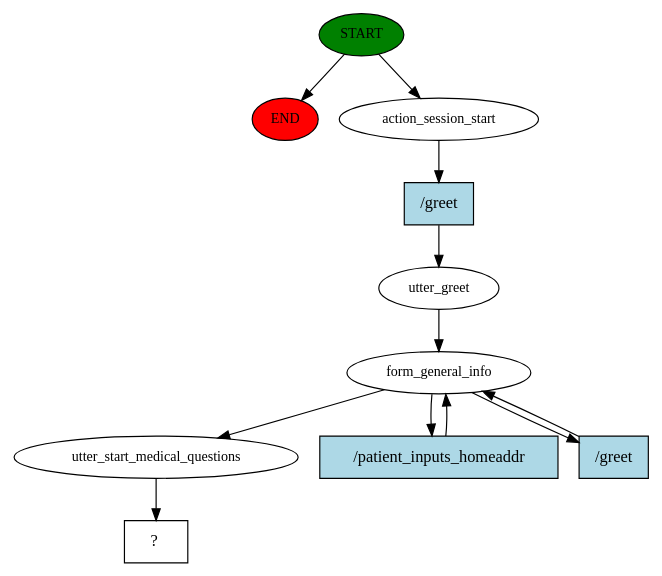
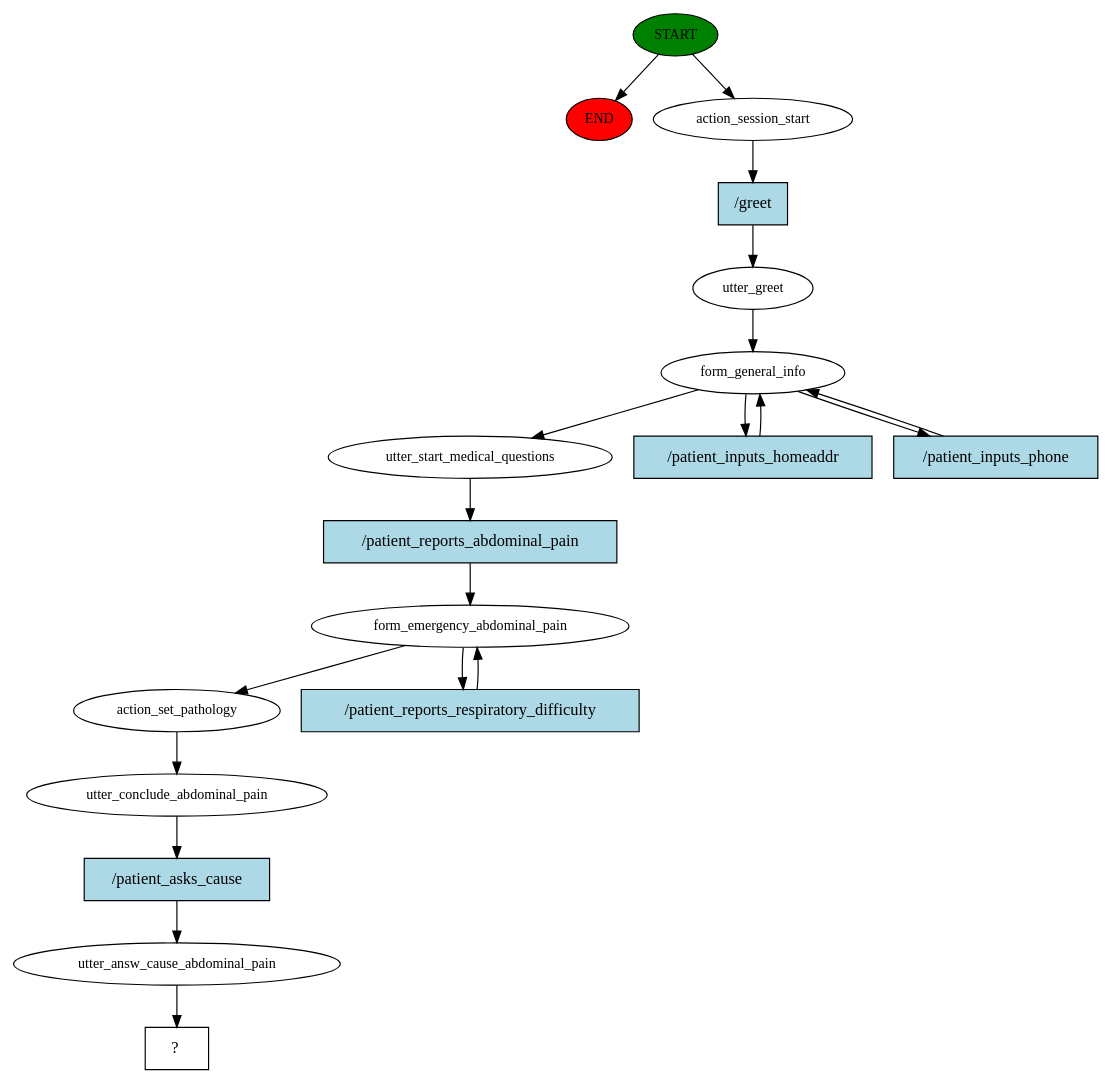
One commit to halixness/HMD-Dispatcher changed the diagram in story_graph.dot. Above: the diagram before and after it, drawn with Graphviz. The commit also changed 8 other files, not shown here.

```diff
--- a/story_graph.dot
+++ b/story_graph.dot
@@ -1,23 +1,38 @@
 digraph  {
 0 [class="start active", fillcolor=green, fontsize=12, label=START, style=filled];
 "-1" [class=end, fillcolor=red, fontsize=12, label=END, style=filled];
 1 [class=active, fontsize=12, label=action_session_start];
 2 [class=active, fontsize=12, label=utter_greet];
 3 [class=active, fontsize=12, label=form_general_info];
 6 [class=active, fontsize=12, label=utter_start_medical_questions];
-7 [class="intent dashed active", label="  ?  ", shape=rect];
-8 [class="intent active", fillcolor=lightblue, label="/greet", shape=rect, style=filled];
-9 [class="intent active", fillcolor=lightblue, label="/patient_inputs_homeaddr", shape=rect, style=filled];
-10 [class="intent active", fillcolor=lightblue, label="/greet", shape=rect, style=filled];
+7 [class=active, fontsize=12, label=form_emergency_abdominal_pain];
+14 [class=active, fontsize=12, label=action_set_pathology];
+15 [class=active, fontsize=12, label=utter_conclude_abdominal_pain];
+16 [class=active, fontsize=12, label=utter_answ_cause_abdominal_pain];
+17 [class="intent dashed active", label="  ?  ", shape=rect];
+18 [class="intent active", fillcolor=lightblue, label="/greet", shape=rect, style=filled];
+19 [class="intent active", fillcolor=lightblue, label="/patient_inputs_homeaddr", shape=rect, style=filled];
+20 [class="intent active", fillcolor=lightblue, label="/patient_inputs_phone", shape=rect, style=filled];
+21 [class="intent active", fillcolor=lightblue, label="/patient_reports_abdominal_pain", shape=rect, style=filled];
+22 [class="intent active", fillcolor=lightblue, label="/patient_reports_respiratory_difficulty", shape=rect, style=filled];
+23 [class="intent active", fillcolor=lightblue, label="/patient_asks_cause", shape=rect, style=filled];
 0 -> "-1"  [class="", key=NONE, label=""];
 0 -> 1  [class=active, key=NONE, label=""];
-1 -> 8  [class=active, key=0];
+1 -> 18  [class=active, key=0];
 2 -> 3  [class=active, key=NONE, label=""];
 3 -> 6  [class=active, key=NONE, label=""];
-3 -> 9  [class=active, key=0];
-3 -> 10  [class=active, key=0];
-6 -> 7  [class=active, key=NONE, label=""];
-8 -> 2  [class=active, key=0];
-9 -> 3  [class=active, key=0];
-10 -> 3  [class=active, key=0];
+3 -> 19  [class=active, key=0];
+3 -> 20  [class=active, key=0];
+6 -> 21  [class=active, key=0];
+7 -> 14  [class=active, key=NONE, label=""];
+7 -> 22  [class=active, key=0];
+14 -> 15  [class=active, key=NONE, label=""];
+15 -> 23  [class=active, key=0];
+16 -> 17  [class=active, key=NONE, label=""];
+18 -> 2  [class=active, key=0];
+19 -> 3  [class=active, key=0];
+20 -> 3  [class=active, key=0];
+21 -> 7  [class=active, key=0];
+22 -> 7  [class=active, key=0];
+23 -> 16  [class=active, key=0];
 }
```
